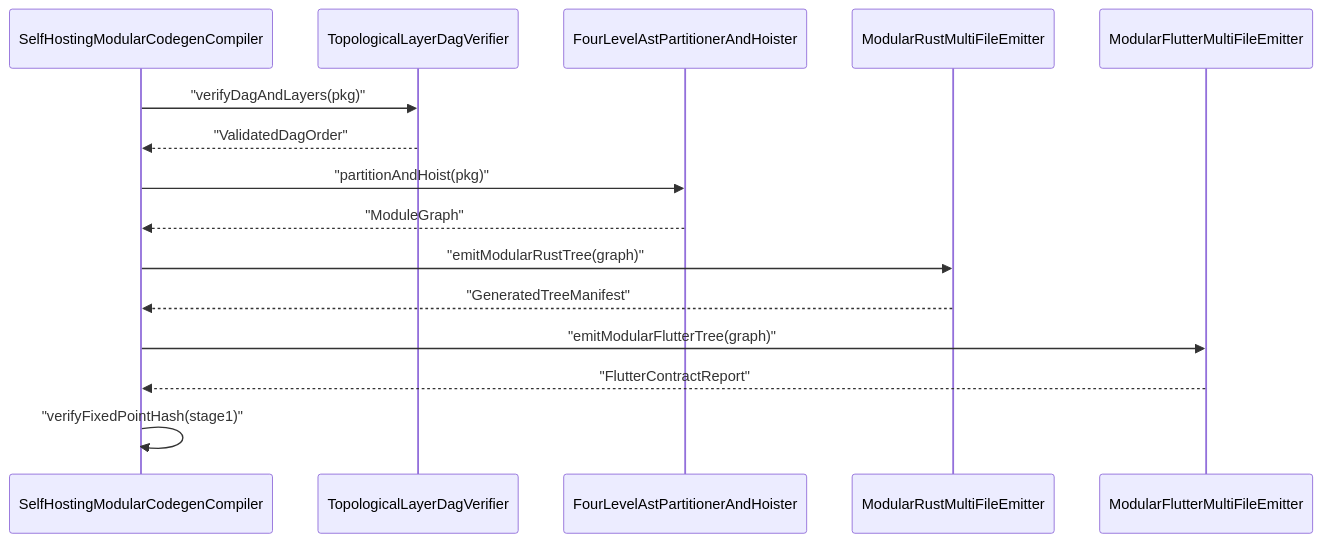
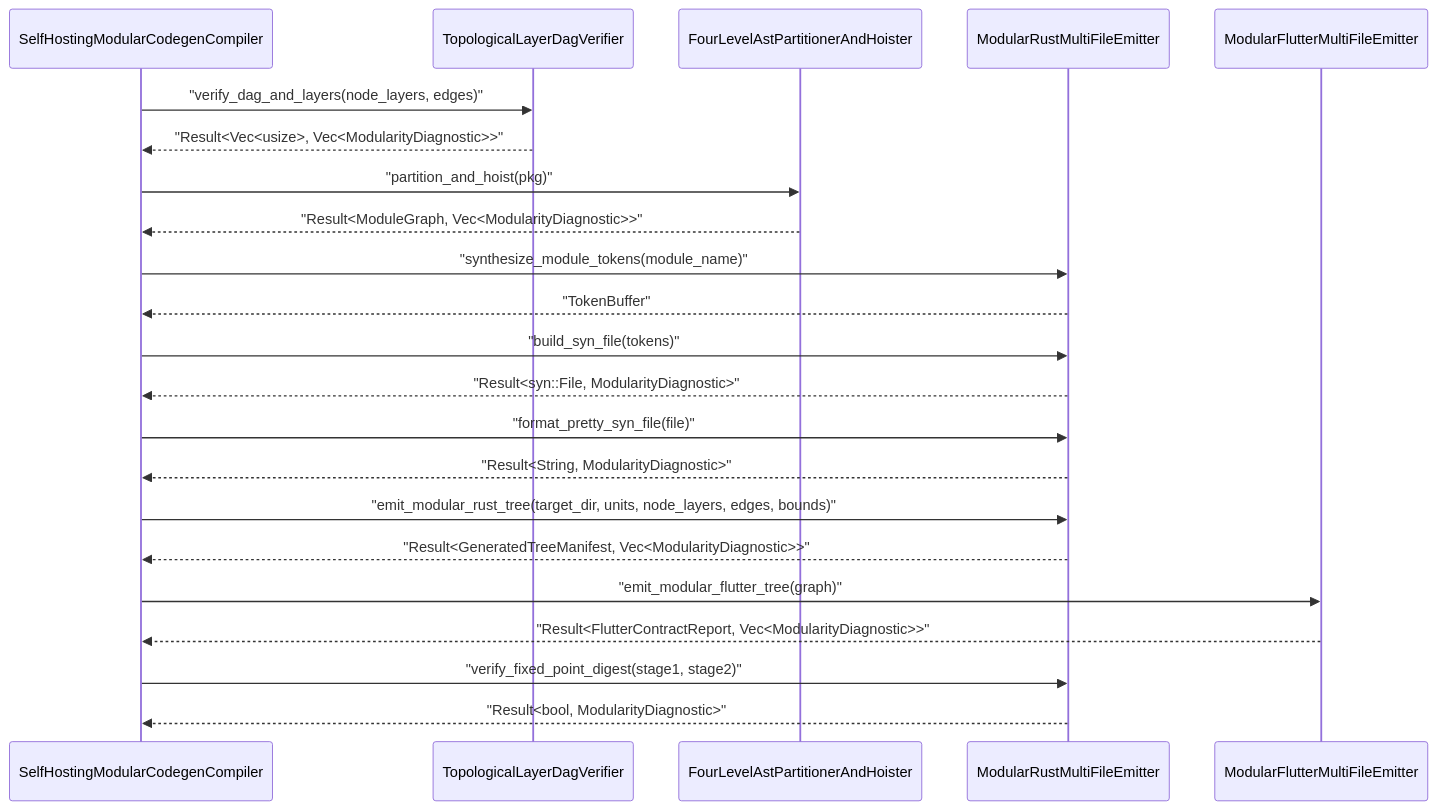
Before and after one commit to gintatkinson/DEAP01-spec-core: the fourth of 4 diagrams in docs/designs/blueprint-07-self-hosting-modular-codegen-compiler.md, drawn with Mermaid. The commit also changed other lines of this file and 2 other files, not shown here.

Commit message:
docs(blueprints): refactor BP-07 onto syn, quote, and prettyplease fixed-point codegen

````diff
--- a/docs/designs/blueprint-07-self-hosting-modular-codegen-compiler.md
+++ b/docs/designs/blueprint-07-self-hosting-modular-codegen-compiler.md
@@ -177,18 +206,25 @@
 ```mermaid
 sequenceDiagram
-    participant SelfHostingModularCodegenCompiler
-    participant TopologicalLayerDagVerifier
-    participant FourLevelAstPartitionerAndHoister
-    participant ModularRustMultiFileEmitter
-    participant ModularFlutterMultiFileEmitter
+    participant Compiler as SelfHostingModularCodegenCompiler
+    participant DagVerifier as TopologicalLayerDagVerifier
+    participant Partitioner as FourLevelAstPartitionerAndHoister
+    participant RustEmitter as ModularRustMultiFileEmitter
+    participant FlutterEmitter as ModularFlutterMultiFileEmitter
 
-    SelfHostingModularCodegenCompiler->>TopologicalLayerDagVerifier: "verifyDagAndLayers(pkg)"
-    TopologicalLayerDagVerifier-->>SelfHostingModularCodegenCompiler: "ValidatedDagOrder"
-    SelfHostingModularCodegenCompiler->>FourLevelAstPartitionerAndHoister: "partitionAndHoist(pkg)"
-    FourLevelAstPartitionerAndHoister-->>SelfHostingModularCodegenCompiler: "ModuleGraph"
-    SelfHostingModularCodegenCompiler->>ModularRustMultiFileEmitter: "emitModularRustTree(graph)"
-    ModularRustMultiFileEmitter-->>SelfHostingModularCodegenCompiler: "GeneratedTreeManifest"
-    SelfHostingModularCodegenCompiler->>ModularFlutterMultiFileEmitter: "emitModularFlutterTree(graph)"
-    ModularFlutterMultiFileEmitter-->>SelfHostingModularCodegenCompiler: "FlutterContractReport"
-    SelfHostingModularCodegenCompiler->>SelfHostingModularCodegenCompiler: "verifyFixedPointHash(stage1)"
+    Compiler->>DagVerifier: "verify_dag_and_layers(node_layers, edges)"
+    DagVerifier-->>Compiler: "Result<Vec<usize>, Vec<ModularityDiagnostic>>"
+    Compiler->>Partitioner: "partition_and_hoist(pkg)"
+    Partitioner-->>Compiler: "Result<ModuleGraph, Vec<ModularityDiagnostic>>"
+    Compiler->>RustEmitter: "synthesize_module_tokens(module_name)"
+    RustEmitter-->>Compiler: "TokenBuffer"
+    Compiler->>RustEmitter: "build_syn_file(tokens)"
+    RustEmitter-->>Compiler: "Result<syn::File, ModularityDiagnostic>"
+    Compiler->>RustEmitter: "format_pretty_syn_file(file)"
+    RustEmitter-->>Compiler: "Result<String, ModularityDiagnostic>"
+    Compiler->>RustEmitter: "emit_modular_rust_tree(target_dir, units, node_layers, edges, bounds)"
+    RustEmitter-->>Compiler: "Result<GeneratedTreeManifest, Vec<ModularityDiagnostic>>"
+    Compiler->>FlutterEmitter: "emit_modular_flutter_tree(graph)"
+    FlutterEmitter-->>Compiler: "Result<FlutterContractReport, Vec<ModularityDiagnostic>>"
+    Compiler->>RustEmitter: "verify_fixed_point_digest(stage1, stage2)"
+    RustEmitter-->>Compiler: "Result<bool, ModularityDiagnostic>"
 ```
````
